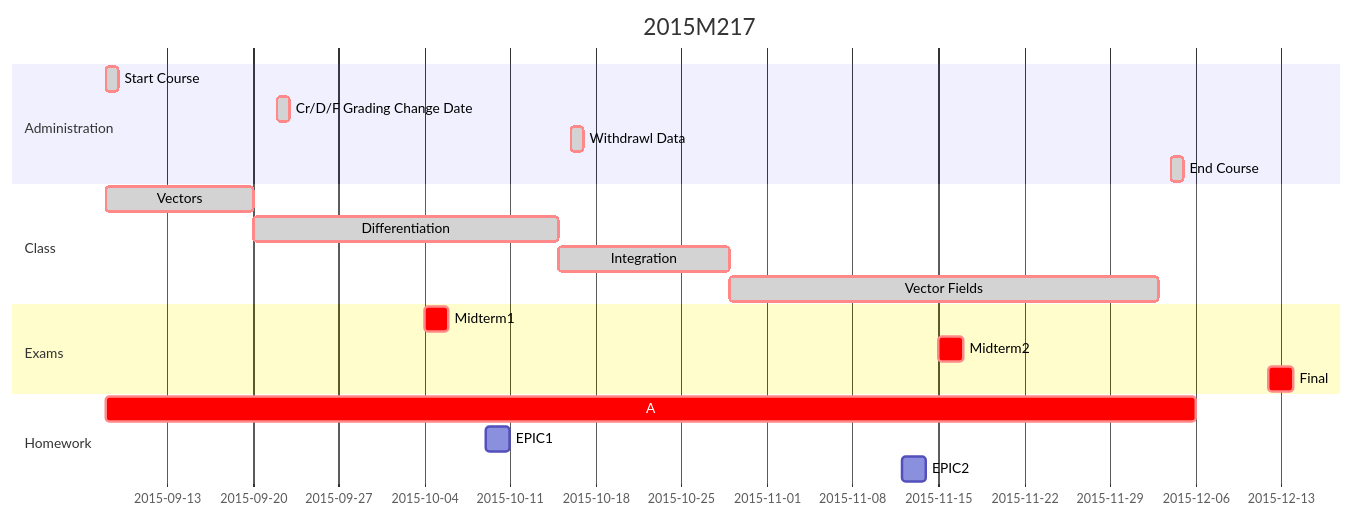
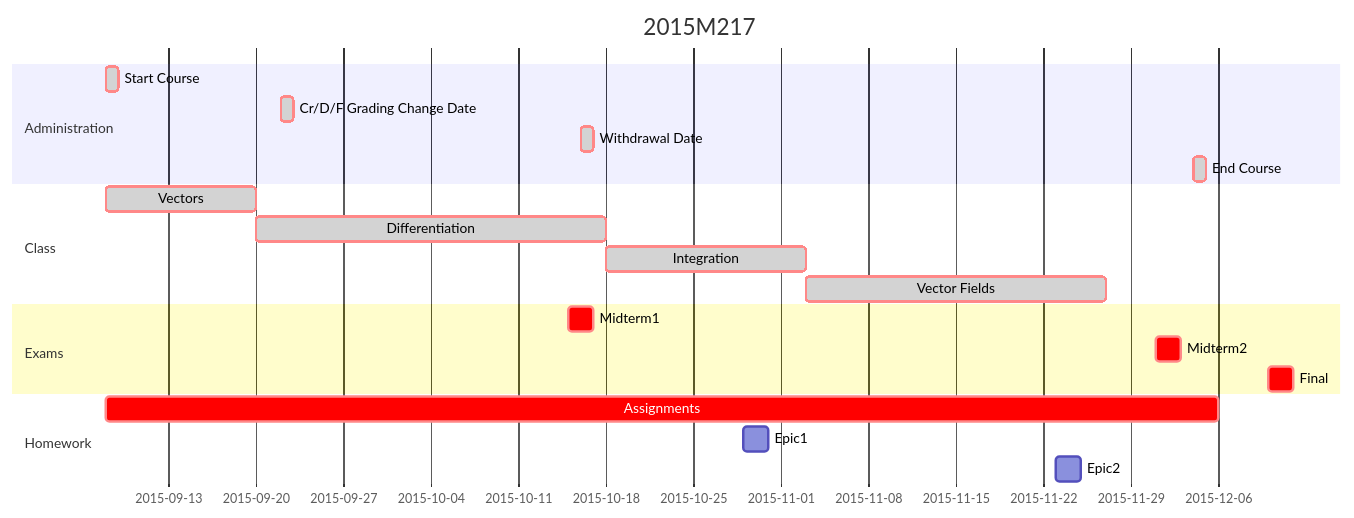
One commit to colliand/2015M217 changed the first of 2 diagrams in syllabus.md. Above: the diagram before and after it, drawn with Mermaid. The commit also changed other lines of this file and 2 other files, not shown here.

First line of the commit message:
Add midterm 2 and final exam date to schedule

```diff
--- a/syllabus.md
+++ b/syllabus.md
@@ -116,30 +100,28 @@
 <div class="mermaid">
 gantt
         dateFormat  YYYY-MM-DD
         title 2015M217
 
         section Administration
-        Start Course     :crit, done, admin1, 2015-09-08, 1d
-        Cr/D/F Grading Change Date    :crit, done, admin2, 2015-09-22, 1d
-        Withdrawl Data     :crit, done, admin3, 2015-10-16, 1d
-        End Course      :crit, done, admin4, 2015-12-04, 1d
-
-      
+        Start Course                :crit, done, admin1, 2015-09-08, 1d
+        Cr/D/F Grading Change Date  :crit, done, admin2, 2015-09-22, 1d
+        Withdrawal Date             :crit, done, admin3, 2015-10-16, 1d
+        End Course                  :crit, done, admin4, 2015-12-04, 1d
 
         section Class
-        Vectors             :crit, done,    des1, 2015-09-08, 12d
-        Differentiation           :crit, done, des2, after des1, 25d
-        Integration               :crit, done, des3, after des2, 14d
-        Vector Fields               :crit, done, des4, after des3, 35d
+        Vectors                     :crit, done, des1, 2015-09-08, 12d
+        Differentiation		        :crit, done, des2, after des1, 28d
+        Integration                 :crit, done, des3, after des2, 16d
+        Vector Fields               :crit, done, des4, after des3, 24d
 
         section Exams
-        Midterm1    :crit, mt1, 2015-10-04, 2d
-        Midterm2    :crit, mt2, 2015-11-15, 2d
-        Final       :crit, final1, 2015-12-12, 2d
+        Midterm1    :crit, mt1, 2015-10-15, 2d
+        Midterm2	:crit, mt2, 2015-12-01, 2d
+        Final		:crit, final1, 2015-12-10, 2d
 
         section Homework
-        A          :crit, A1, 2015-09-08, 89d
-        EPIC1       : epic3, 2015-10-09, 2d
-        EPIC2       : epic4, 2015-11-12, 2d
+        Assignments :crit, A1, 2015-09-08, 89d
+        Epic1       :epic1, 2015-10-29, 2d
+        Epic2       :epic2, 2015-11-23, 2d
   
 </div>
```
